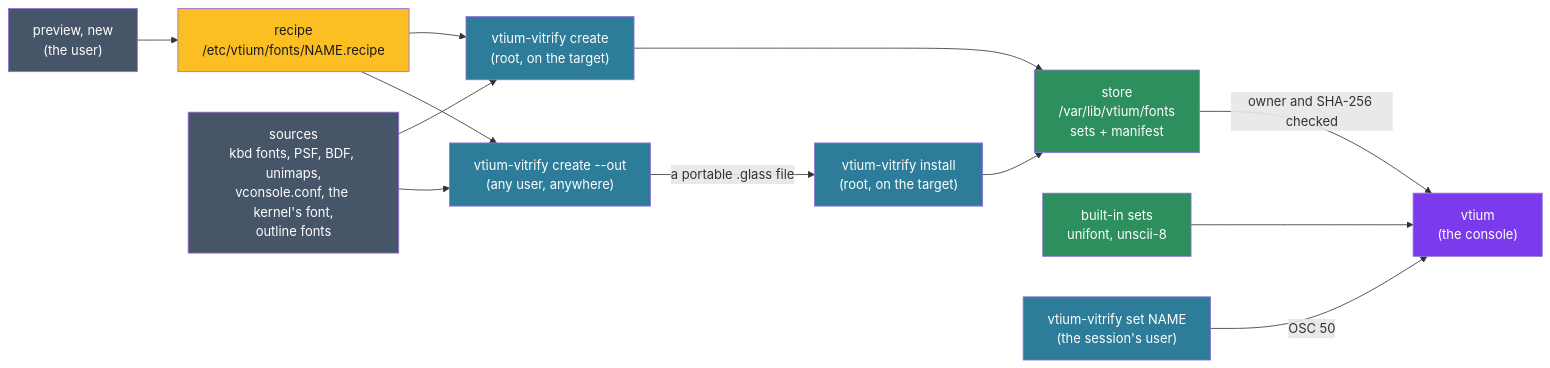
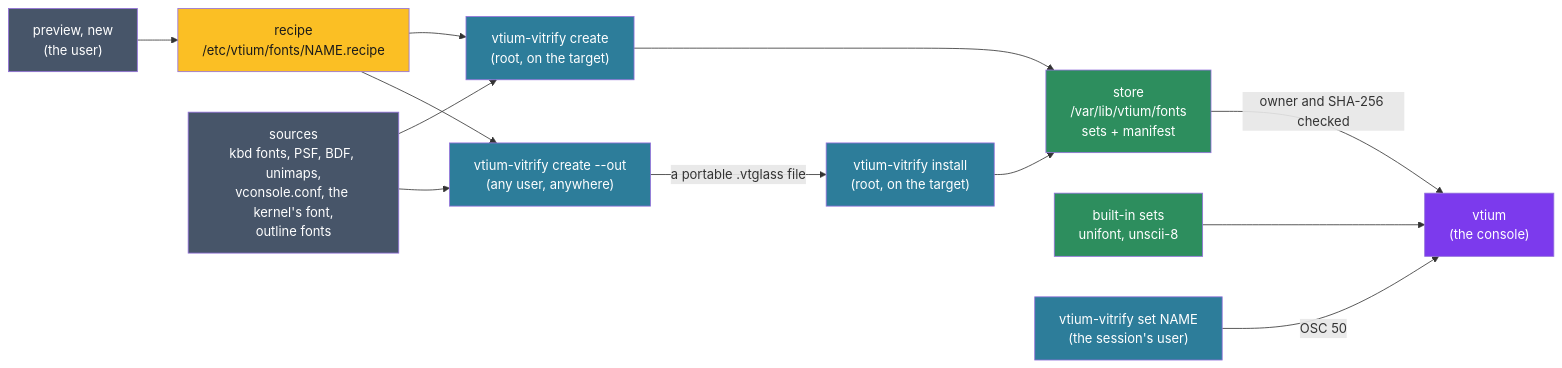
One commit to vtium/vtium changed the diagram in docs/architecture/font/ADR-1200-fonts-reach-the-console-as-vitrified-sets-from-a-root-owned-store.md. Above: the diagram before and after it, drawn with Mermaid. The commit also changed other lines of this file and 1 other file, not shown here.

Commit message:
docs(font): a built set's file is .vtglass, after its VTGLASS magic

````diff
--- a/docs/architecture/font/ADR-1200-fonts-reach-the-console-as-vitrified-sets-from-a-root-owned-store.md
+++ b/docs/architecture/font/ADR-1200-fonts-reach-the-console-as-vitrified-sets-from-a-root-owned-store.md
@@ -167,24 +167,24 @@
 ```mermaid
 flowchart LR
     P["preview, new<br>(the user)"] --> R
     R["recipe<br>/etc/vtium/fonts/NAME.recipe"] --> C
     S["sources<br>kbd fonts, PSF, BDF, unimaps,<br>vconsole.conf, the kernel's font,<br>outline fonts"] --> C
     S --> O
     R --> O["vtium-vitrify create --out<br>(any user, anywhere)"]
-    O -->|"a portable .glass file"| I["vtium-vitrify install<br>(root, on the target)"]
+    O -->|"a portable .vtglass file"| I["vtium-vitrify install<br>(root, on the target)"]
     C["vtium-vitrify create<br>(root, on the target)"] --> ST["store<br>/var/lib/vtium/fonts<br>sets + manifest"]
     I --> ST
     ST -->|"owner and SHA-256 checked"| V["vtium<br>(the console)"]
     B["built-in sets<br>unifont, unscii-8"] --> V
     U["vtium-vitrify set NAME<br>(the session's user)"] -->|"OSC 50"| V
     style C fill:#2d7d9a,color:#ffffff
     style O fill:#2d7d9a,color:#ffffff
     style I fill:#2d7d9a,color:#ffffff
     style V fill:#7c3aed,color:#ffffff
     style ST fill:#2d8e5e,color:#ffffff
     style B fill:#2d8e5e,color:#ffffff
     style R fill:#fbbf24,color:#1a1a1a
     style S fill:#475569,color:#ffffff
     style P fill:#475569,color:#ffffff
     style U fill:#2d7d9a,color:#ffffff
 ```
````
